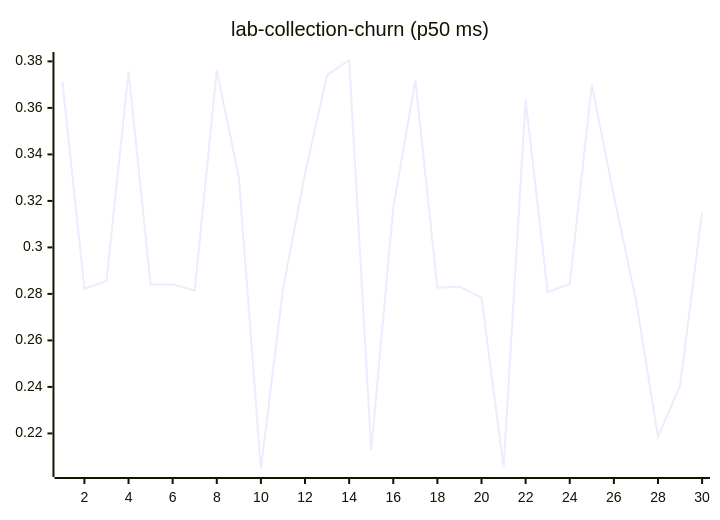
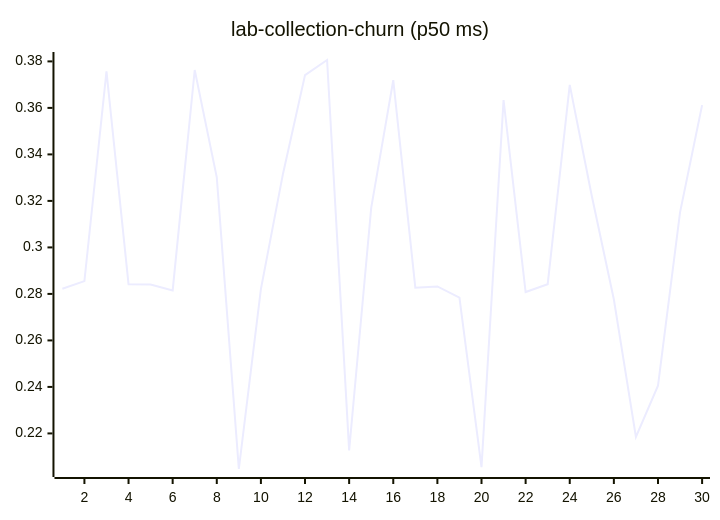
One commit to josha/Facet changed diagram 11 of 27 in README.md. Above: the diagram before and after it, drawn with Mermaid. The commit also changed other lines of this file and 2 other files, not shown here.

````diff
--- a/README.md
+++ b/README.md
@@ -133,6 +133,6 @@
 ```mermaid
 xychart-beta
     title "lab-collection-churn (p50 ms)"
     x-axis 1 --> 30
-    line [0.3715, 0.2822, 0.2855, 0.3757, 0.2842, 0.2840, 0.2815, 0.3763, 0.3301, 0.2047, 0.2821, 0.3316, 0.3741, 0.3806, 0.2127, 0.3170, 0.3719, 0.2827, 0.2832, 0.2784, 0.2055, 0.3634, 0.2808, 0.2842, 0.3699, 0.3221, 0.2776, 0.2185, 0.2405, 0.3151]
+    line [0.2822, 0.2855, 0.3757, 0.2842, 0.2840, 0.2815, 0.3763, 0.3301, 0.2047, 0.2821, 0.3316, 0.3741, 0.3806, 0.2127, 0.3170, 0.3719, 0.2827, 0.2832, 0.2784, 0.2055, 0.3634, 0.2808, 0.2842, 0.3699, 0.3221, 0.2776, 0.2185, 0.2405, 0.3151, 0.3612]
 ```
````
